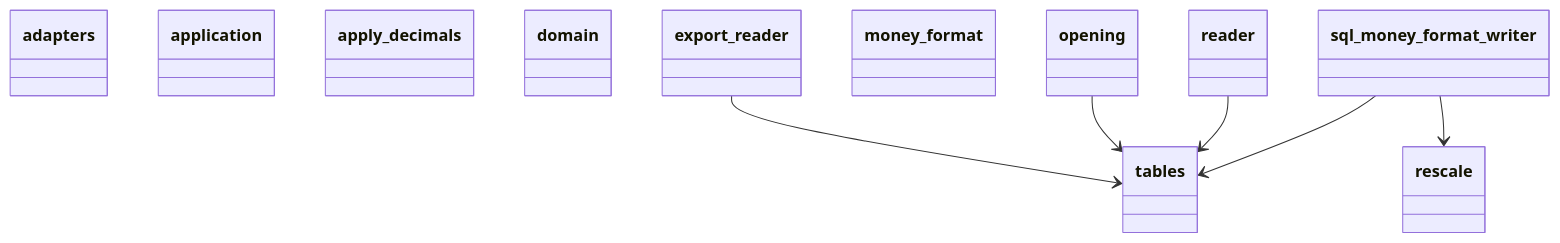
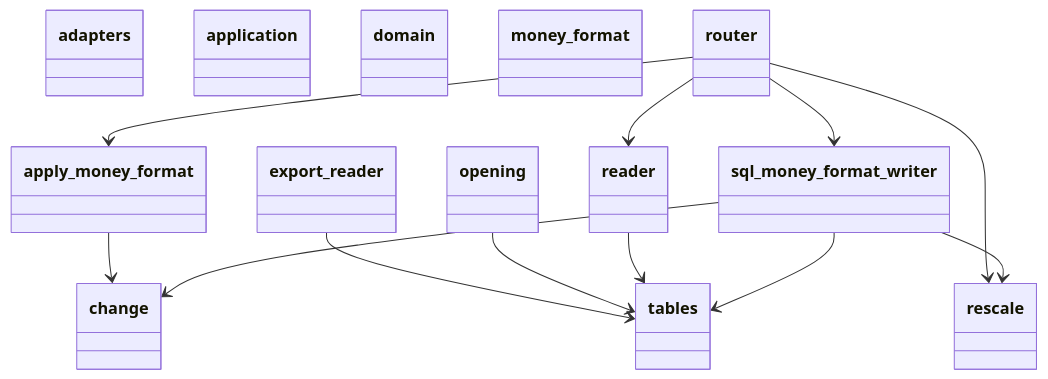
Before and after one commit to GonzaloZevallos/apostrophe: the first of 4 diagrams in docs/architecture/generated/classes/money_format.md, drawn with Mermaid. The commit also changed other lines of this file and 12 other files, not shown here.

First line of the commit message:
Document the money format save, the raise through the rescale and the cents gap

````diff
--- a/docs/architecture/generated/classes/money_format.md
+++ b/docs/architecture/generated/classes/money_format.md
@@ -7,30 +7,40 @@
 ```mermaid
 classDiagram
   class adapters {
   }
   class application {
   }
-  class apply_decimals {
+  class apply_money_format {
+  }
+  class change {
   }
   class domain {
   }
   class export_reader {
   }
   class money_format {
   }
   class opening {
   }
   class reader {
   }
   class rescale {
   }
+  class router {
+  }
   class sql_money_format_writer {
   }
   class tables {
   }
+  apply_money_format --> change
   export_reader --> tables
   opening --> tables
   reader --> tables
+  router --> apply_money_format
+  router --> reader
+  router --> rescale
+  router --> sql_money_format_writer
+  sql_money_format_writer --> change
   sql_money_format_writer --> rescale
   sql_money_format_writer --> tables
 ```
````
